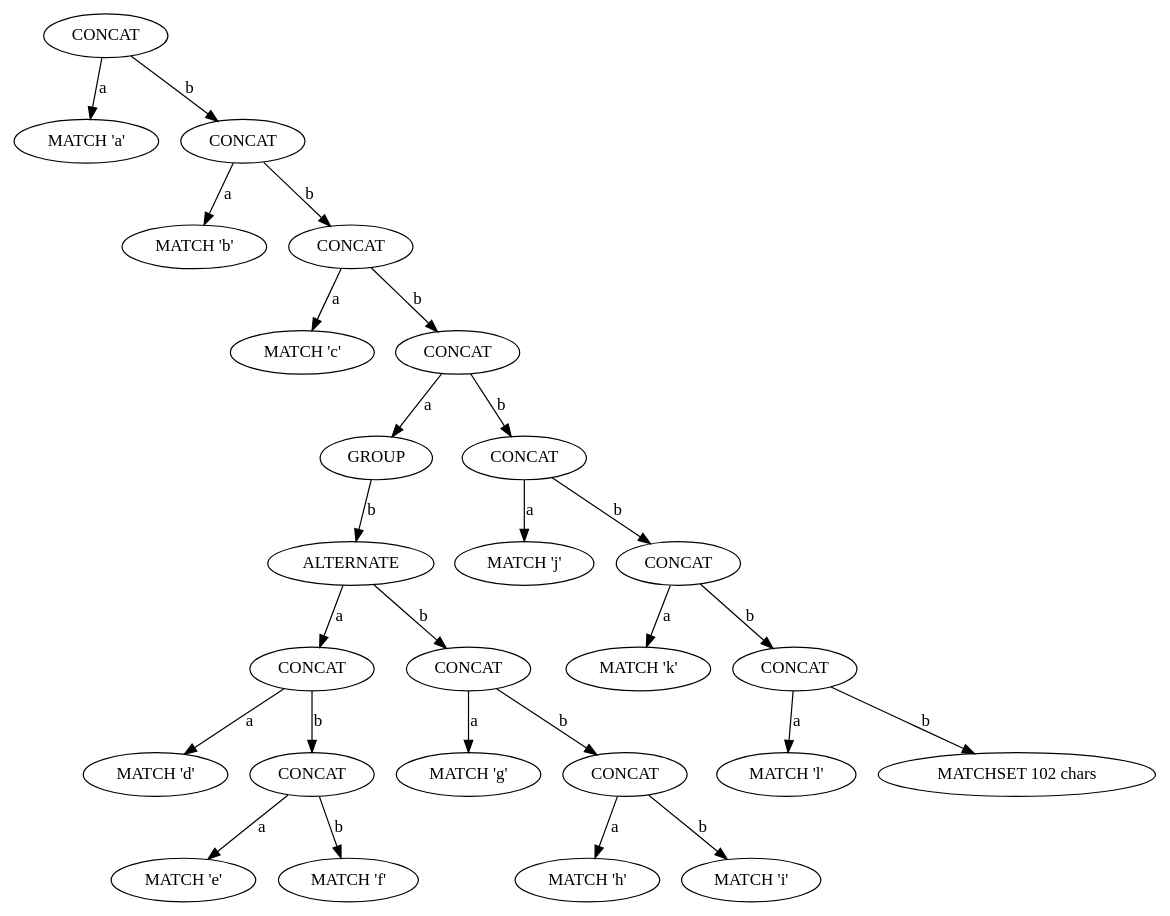
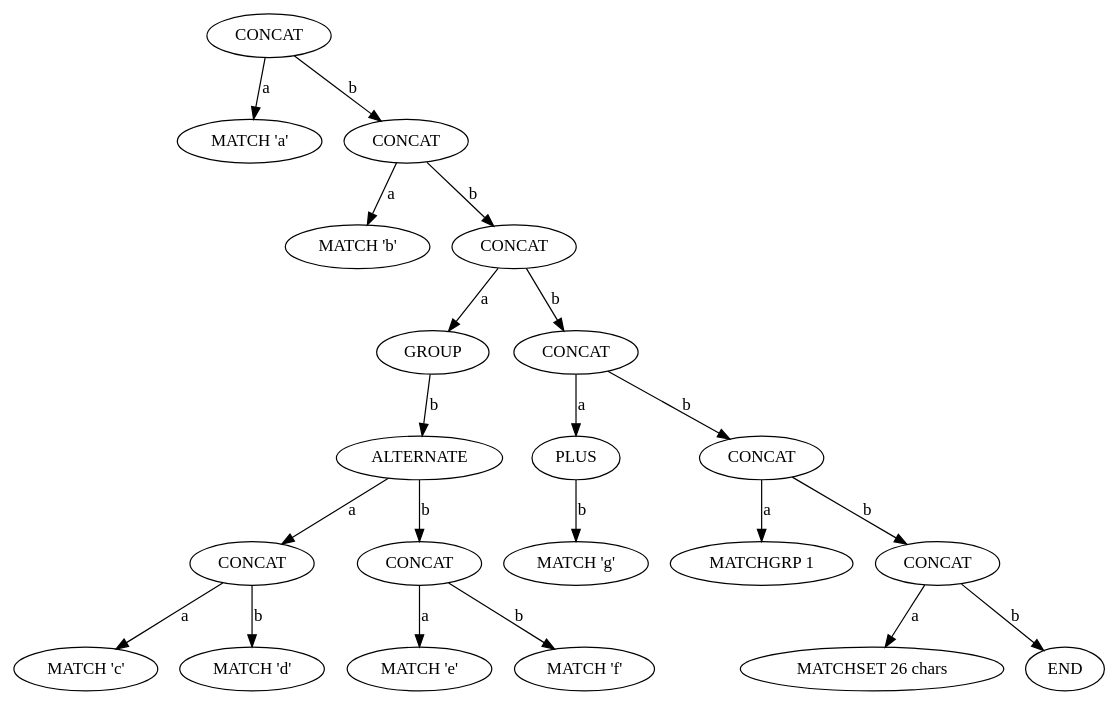
One commit to essele/rele changed the diagram in tree.dot. Above: the diagram before and after it, drawn with Graphviz. The commit also changed 3 other files, not shown here.

```diff
--- a/tree.dot
+++ b/tree.dot
@@ -1,53 +1,43 @@
 digraph tree {
-    n0xaf819470e320 [label="CONCAT"];
-    n0xaf819470e320 -> n0xaf819470e2c0 [label="a"];
-    n0xaf819470e2c0 [label="MATCH 'a'"];
-    n0xaf819470e320 -> n0xaf819470e380 [label="b"];
-    n0xaf819470e380 [label="CONCAT"];
-    n0xaf819470e380 -> n0xaf819470e2f0 [label="a"];
-    n0xaf819470e2f0 [label="MATCH 'b'"];
-    n0xaf819470e380 -> n0xaf819470e3e0 [label="b"];
-    n0xaf819470e3e0 [label="CONCAT"];
-    n0xaf819470e3e0 -> n0xaf819470e350 [label="a"];
-    n0xaf819470e350 [label="MATCH 'c'"];
-    n0xaf819470e3e0 -> n0xaf819470e650 [label="b"];
-    n0xaf819470e650 [label="CONCAT"];
-    n0xaf819470e650 -> n0xaf819470e3b0 [label="a"];
-    n0xaf819470e3b0 [label="GROUP"];
-    n0xaf819470e3b0 -> n0xaf819470e500 [label="b"];
-    n0xaf819470e500 [label="ALTERNATE"];
-    n0xaf819470e500 -> n0xaf819470e470 [label="a"];
-    n0xaf819470e470 [label="CONCAT"];
-    n0xaf819470e470 -> n0xaf819470e410 [label="a"];
-    n0xaf819470e410 [label="MATCH 'd'"];
-    n0xaf819470e470 -> n0xaf819470e4d0 [label="b"];
-    n0xaf819470e4d0 [label="CONCAT"];
-    n0xaf819470e4d0 -> n0xaf819470e440 [label="a"];
-    n0xaf819470e440 [label="MATCH 'e'"];
-    n0xaf819470e4d0 -> n0xaf819470e4a0 [label="b"];
-    n0xaf819470e4a0 [label="MATCH 'f'"];
-    n0xaf819470e500 -> n0xaf819470e590 [label="b"];
-    n0xaf819470e590 [label="CONCAT"];
-    n0xaf819470e590 -> n0xaf819470e530 [label="a"];
-    n0xaf819470e530 [label="MATCH 'g'"];
-    n0xaf819470e590 -> n0xaf819470e5f0 [label="b"];
-    n0xaf819470e5f0 [label="CONCAT"];
-    n0xaf819470e5f0 -> n0xaf819470e560 [label="a"];
-    n0xaf819470e560 [label="MATCH 'h'"];
-    n0xaf819470e5f0 -> n0xaf819470e5c0 [label="b"];
-    n0xaf819470e5c0 [label="MATCH 'i'"];
-    n0xaf819470e650 -> n0xaf819470e6b0 [label="b"];
-    n0xaf819470e6b0 [label="CONCAT"];
-    n0xaf819470e6b0 -> n0xaf819470e620 [label="a"];
-    n0xaf819470e620 [label="MATCH 'j'"];
-    n0xaf819470e6b0 -> n0xaf819470e710 [label="b"];
-    n0xaf819470e710 [label="CONCAT"];
-    n0xaf819470e710 -> n0xaf819470e680 [label="a"];
-    n0xaf819470e680 [label="MATCH 'k'"];
-    n0xaf819470e710 -> n0xaf819470e770 [label="b"];
-    n0xaf819470e770 [label="CONCAT"];
-    n0xaf819470e770 -> n0xaf819470e6e0 [label="a"];
-    n0xaf819470e6e0 [label="MATCH 'l'"];
-    n0xaf819470e770 -> n0xaf819470e740 [label="b"];
-    n0xaf819470e740 [label="MATCHSET 102 chars"];
+    n0xbcdd325ae320 [label="CONCAT"];
+    n0xbcdd325ae320 -> n0xbcdd325ae2c0 [label="a"];
+    n0xbcdd325ae2c0 [label="MATCH 'a'"];
+    n0xbcdd325ae320 -> n0xbcdd325ae380 [label="b"];
+    n0xbcdd325ae380 [label="CONCAT"];
+    n0xbcdd325ae380 -> n0xbcdd325ae2f0 [label="a"];
+    n0xbcdd325ae2f0 [label="MATCH 'b'"];
+    n0xbcdd325ae380 -> n0xbcdd325ae530 [label="b"];
+    n0xbcdd325ae530 [label="CONCAT"];
+    n0xbcdd325ae530 -> n0xbcdd325ae350 [label="a"];
+    n0xbcdd325ae350 [label="GROUP"];
+    n0xbcdd325ae350 -> n0xbcdd325ae440 [label="b"];
+    n0xbcdd325ae440 [label="ALTERNATE"];
+    n0xbcdd325ae440 -> n0xbcdd325ae410 [label="a"];
+    n0xbcdd325ae410 [label="CONCAT"];
+    n0xbcdd325ae410 -> n0xbcdd325ae3b0 [label="a"];
+    n0xbcdd325ae3b0 [label="MATCH 'c'"];
+    n0xbcdd325ae410 -> n0xbcdd325ae3e0 [label="b"];
+    n0xbcdd325ae3e0 [label="MATCH 'd'"];
+    n0xbcdd325ae440 -> n0xbcdd325ae4d0 [label="b"];
+    n0xbcdd325ae4d0 [label="CONCAT"];
+    n0xbcdd325ae4d0 -> n0xbcdd325ae470 [label="a"];
+    n0xbcdd325ae470 [label="MATCH 'e'"];
+    n0xbcdd325ae4d0 -> n0xbcdd325ae4a0 [label="b"];
+    n0xbcdd325ae4a0 [label="MATCH 'f'"];
+    n0xbcdd325ae530 -> n0xbcdd325ae5c0 [label="b"];
+    n0xbcdd325ae5c0 [label="CONCAT"];
+    n0xbcdd325ae5c0 -> n0xbcdd325ae560 [label="a"];
+    n0xbcdd325ae560 [label="PLUS"];
+    n0xbcdd325ae560 -> n0xbcdd325ae500 [label="b"];
+    n0xbcdd325ae500 [label="MATCH 'g'"];
+    n0xbcdd325ae5c0 -> n0xbcdd325ae620 [label="b"];
+    n0xbcdd325ae620 [label="CONCAT"];
+    n0xbcdd325ae620 -> n0xbcdd325ae590 [label="a"];
+    n0xbcdd325ae590 [label="MATCHGRP 1"];
+    n0xbcdd325ae620 -> n0xbcdd325ae6a0 [label="b"];
+    n0xbcdd325ae6a0 [label="CONCAT"];
+    n0xbcdd325ae6a0 -> n0xbcdd325ae5f0 [label="a"];
+    n0xbcdd325ae5f0 [label="MATCHSET 26 chars"];
+    n0xbcdd325ae6a0 -> n0xbcdd325ae670 [label="b"];
+    n0xbcdd325ae670 [label="END"];
 }
```
